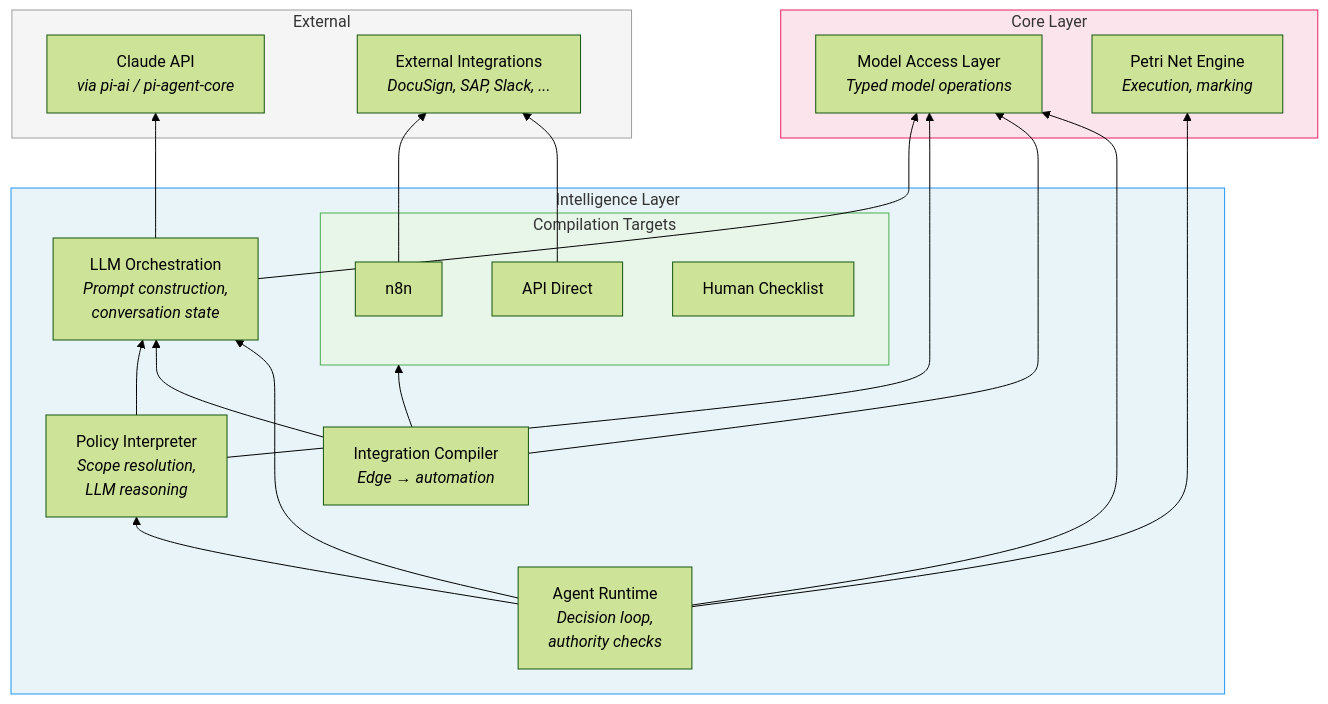
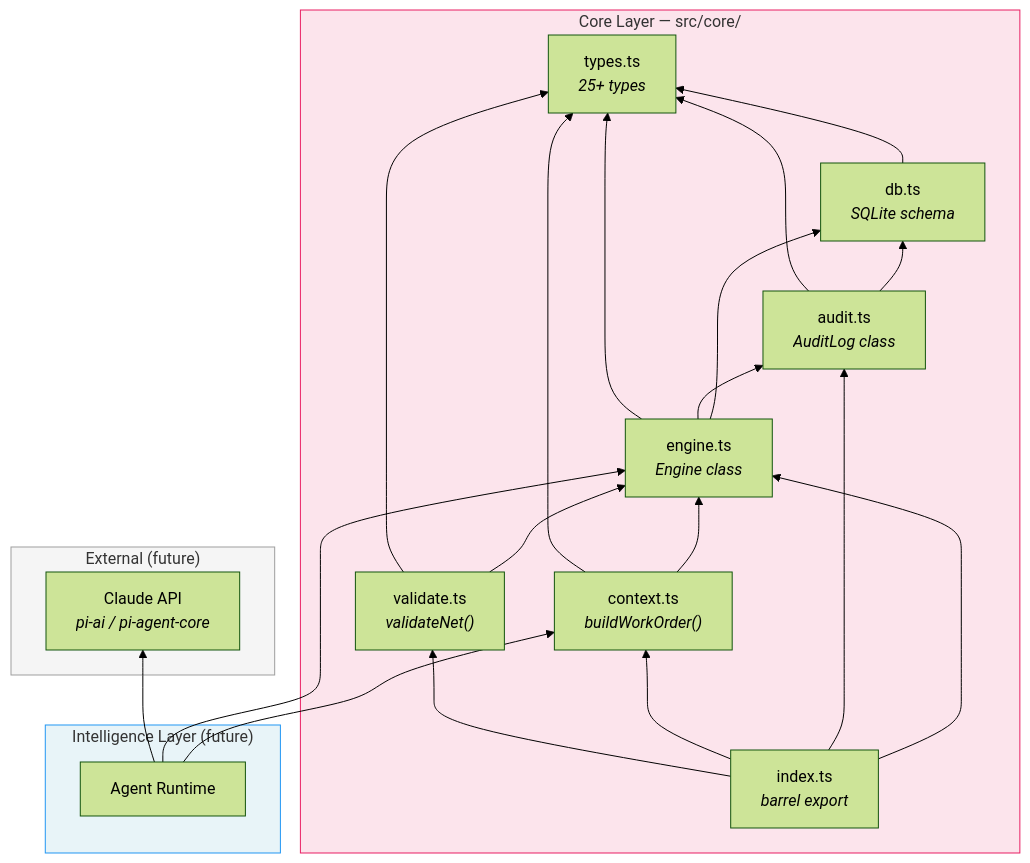
Before and after one commit to CyberHoward/cl-institute: the tenth of 10 diagrams in architecture-diagrams.md, drawn with Mermaid (forest theme). The commit also changed other lines of this file and 46 other files, not shown here.

First line of the commit message:
chore: remove superseded modules, update docs to reflect core engine architecture

````diff
--- a/architecture-diagrams.md
+++ b/architecture-diagrams.md
@@ -539,45 +314,44 @@
 ```mermaid
 graph BT
-    subgraph core["Core Layer"]
-        access["Model Access Layer<br/><i>Typed model operations</i>"]
-        engine["Petri Net Engine<br/><i>Execution, marking</i>"]
+    subgraph core["Core Layer — src/core/"]
+        types["types.ts<br/><i>25+ types</i>"]
+        db["db.ts<br/><i>SQLite schema</i>"]
+        engine["engine.ts<br/><i>Engine class</i>"]
+        audit["audit.ts<br/><i>AuditLog class</i>"]
+        context["context.ts<br/><i>buildWorkOrder()</i>"]
+        validate["validate.ts<br/><i>validateNet()</i>"]
+        idx["index.ts<br/><i>barrel export</i>"]
+
+        engine --> db
+        engine --> audit
+        engine --> types
+        audit --> db
+        audit --> types
+        context --> engine
+        context --> types
+        validate --> engine
+        validate --> types
+        db --> types
+        idx --> engine
+        idx --> audit
+        idx --> context
+        idx --> validate
     end
 
-    subgraph ts["Intelligence Layer"]
-        orch["LLM Orchestration<br/><i>Prompt construction,<br/>conversation state</i>"]
-        pi["Policy Interpreter<br/><i>Scope resolution,<br/>LLM reasoning</i>"]
-        ic["Integration Compiler<br/><i>Edge → automation</i>"]
-        agent["Agent Runtime<br/><i>Decision loop,<br/>authority checks</i>"]
-
-        subgraph targets["Compilation Targets"]
-            n8n["n8n"]
-            api["API Direct"]
-            checklist["Human Checklist"]
-        end
+    subgraph future["Intelligence Layer (future)"]
+        agent["Agent Runtime"]
     end
 
-    orch --> access
-    pi --> access
-    pi --> orch
-    ic --> access
-    ic --> orch
-    ic --> targets
-    agent --> access
+    agent --> context
     agent --> engine
-    agent --> orch
-    agent --> pi
 
-    subgraph ext["External"]
-        claude["Claude API<br/><i>via pi-ai / pi-agent-core</i>"]
-        integrations["External Integrations<br/><i>DocuSign, SAP, Slack, ...</i>"]
+    subgraph ext["External (future)"]
+        claude["Claude API<br/><i>pi-ai / pi-agent-core</i>"]
     end
 
-    orch --> claude
-    n8n --> integrations
-    api --> integrations
+    agent --> claude
 
     style core fill:#fce4ec,stroke:#e91e63
-    style ts fill:#e8f4f8,stroke:#2196F3
-    style targets fill:#e8f5e9,stroke:#4caf50
+    style future fill:#e8f4f8,stroke:#2196F3
     style ext fill:#f5f5f5,stroke:#9e9e9e
 ```
````
